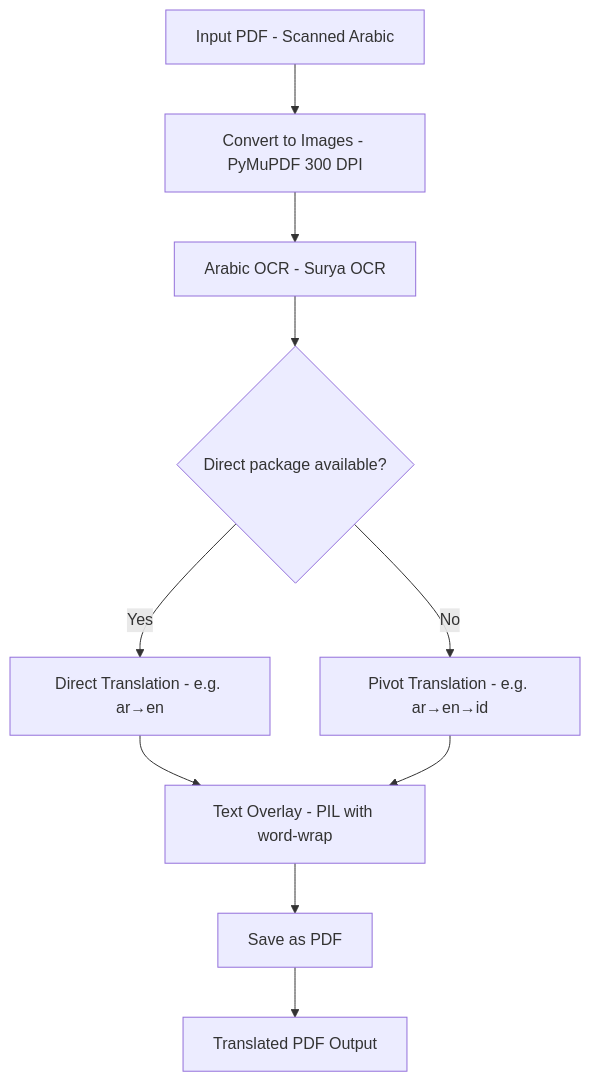
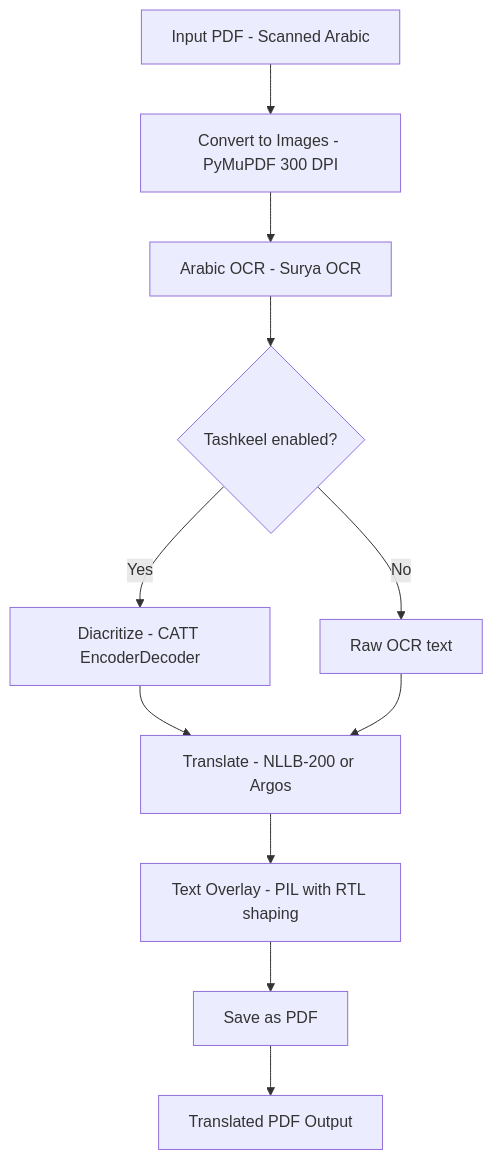
Before and after one commit to scrowten/tarjim: the diagram in README.md, drawn with Mermaid. The commit also changed other lines of this file and 6 other files, not shown here.

Commit message:
Add nllb translation

````diff
--- a/README.md
+++ b/README.md
@@ -44,12 +45,13 @@
 ```mermaid
 graph TD
     A[Input PDF - Scanned Arabic] --> B[Convert to Images - PyMuPDF 300 DPI]
     B --> C[Arabic OCR - Surya OCR]
-    C --> D{Direct package available?}
-    D -->|Yes| E[Direct Translation - e.g. ar→en]
-    D -->|No| F[Pivot Translation - e.g. ar→en→id]
-    E --> G[Text Overlay - PIL with word-wrap]
+    C --> D{Tashkeel enabled?}
+    D -->|Yes| E[Diacritize - CATT EncoderDecoder]
+    D -->|No| F[Raw OCR text]
+    E --> G[Translate - NLLB-200 or Argos]
     F --> G
-    G --> H[Save as PDF]
-    H --> I[Translated PDF Output]
+    G --> H[Text Overlay - PIL with RTL shaping]
+    H --> I[Save as PDF]
+    I --> J[Translated PDF Output]
 ```
````
